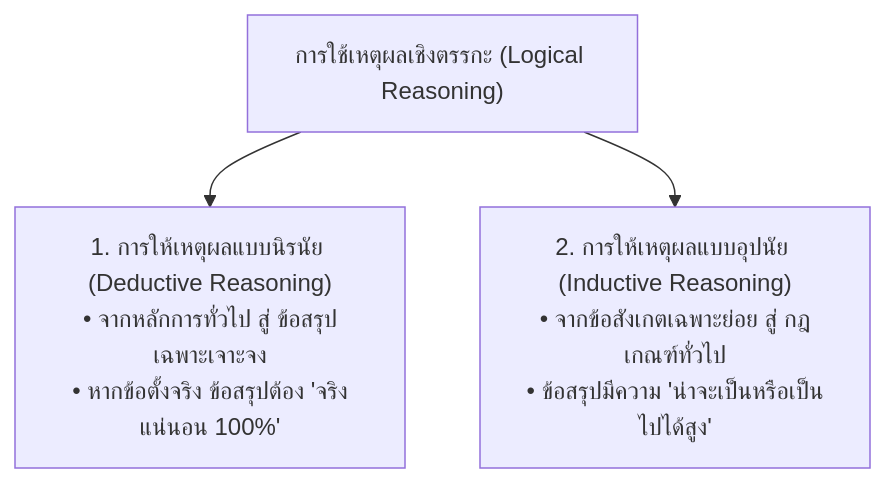
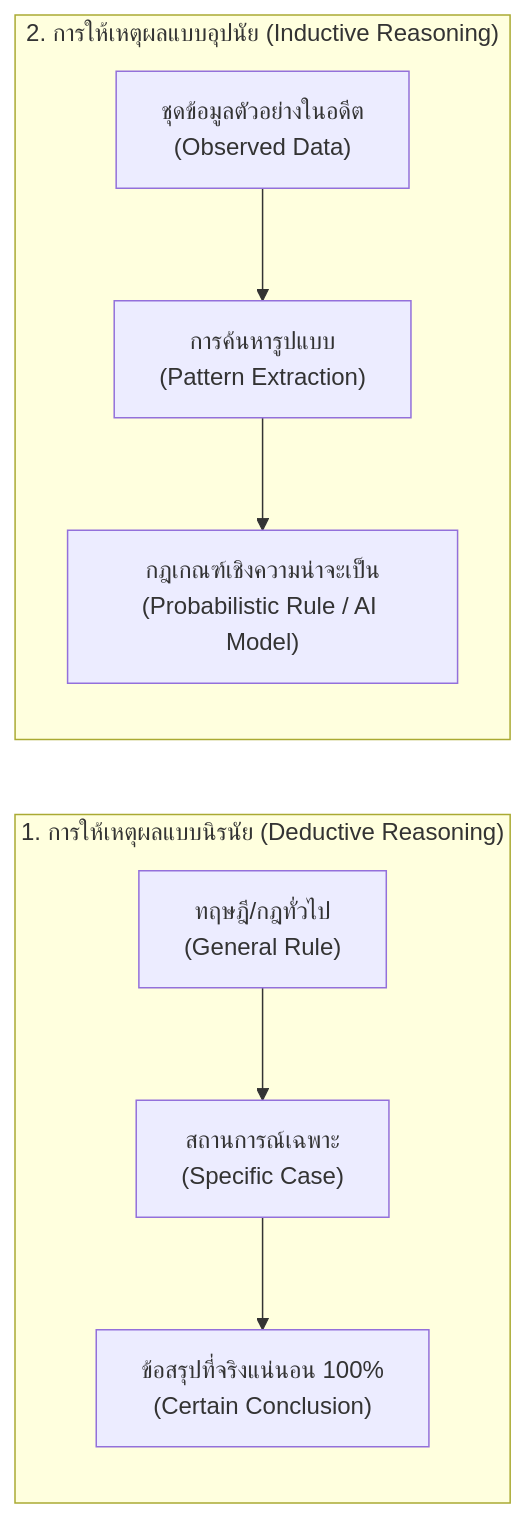
The third of 4 diagrams in outlines/book1_chapters/chapter01_logic_and_problem_solving.md (Tsanaphy2023/computing-science), drawn with Mermaid before and after one commit. The commit also changed other lines of this file, not shown here.

````diff
--- a/outlines/book1_chapters/chapter01_logic_and_problem_solving.md
+++ b/outlines/book1_chapters/chapter01_logic_and_problem_solving.md
@@ -50,6 +148,11 @@
 ```mermaid
-graph TD
-    LR["การใช้เหตุผลเชิงตรรกะ (Logical Reasoning)"]
-    LR --> DED["1. การให้เหตุผลแบบนิรนัย (Deductive Reasoning)\n• จากหลักการทั่วไป สู่ ข้อสรุปเฉพาะเจาะจง\n• หากข้อตั้งจริง ข้อสรุปต้อง 'จริงแน่นอน 100%'"]
-    LR --> IND["2. การให้เหตุผลแบบอุปนัย (Inductive Reasoning)\n• จากข้อสังเกตเฉพาะย่อย สู่ กฎเกณฑ์ทั่วไป\n• ข้อสรุปมีความ 'น่าจะเป็นหรือเป็นไปได้สูง'"]
+graph LR
+    subgraph DED["1. การให้เหตุผลแบบนิรนัย (Deductive Reasoning)"]
+        D1["ทฤษฎี/กฎทั่วไป\n(General Rule)"] --> D2["สถานการณ์เฉพาะ\n(Specific Case)"]
+        D2 --> D3["ข้อสรุปที่จริงแน่นอน 100%\n(Certain Conclusion)"]
+    end
+    subgraph IND["2. การให้เหตุผลแบบอุปนัย (Inductive Reasoning)"]
+        I1["ชุดข้อมูลตัวอย่างในอดีต\n(Observed Data)"] --> I2["การค้นหารูปแบบ\n(Pattern Extraction)"]
+        I2 --> I3["กฎเกณฑ์เชิงความน่าจะเป็น\n(Probabilistic Rule / AI Model)"]
+    end
 ```
````
